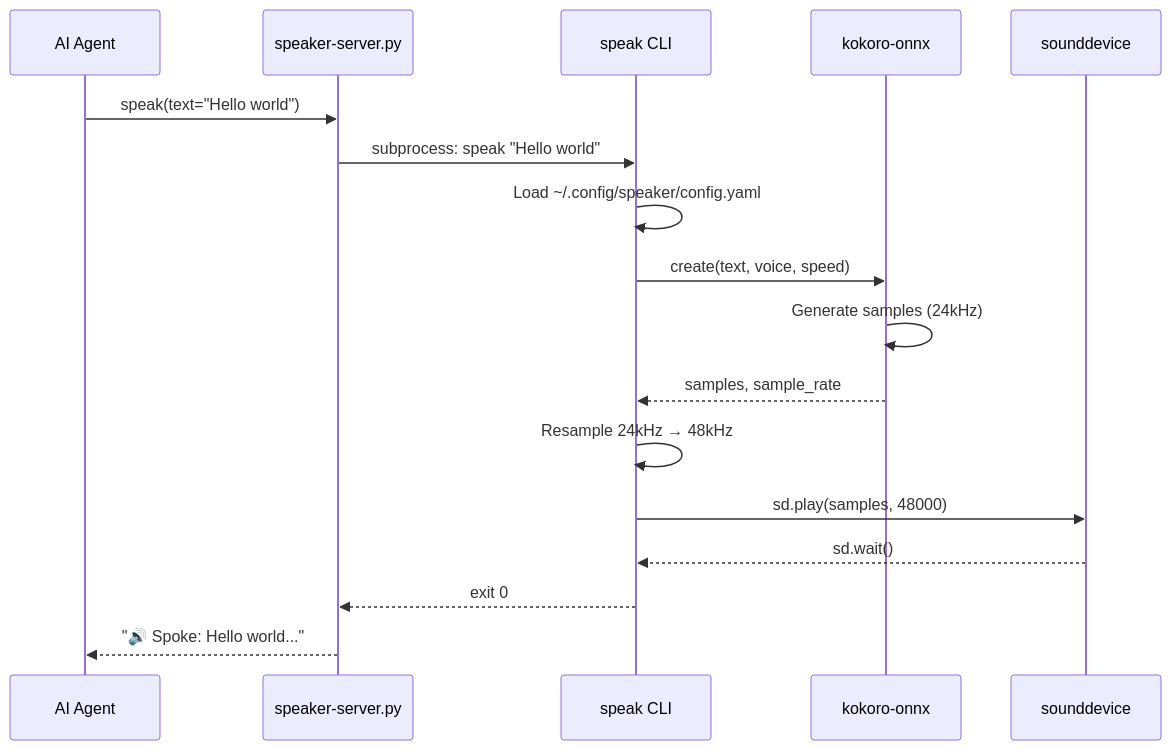
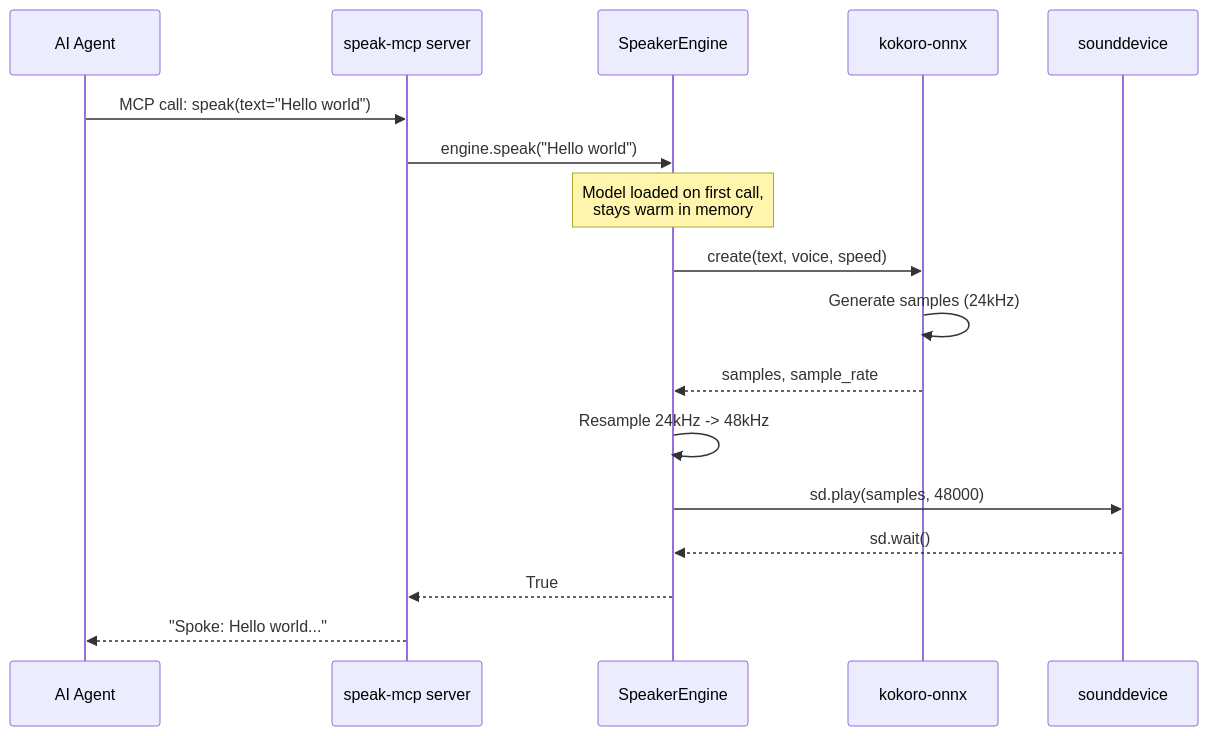
One commit to NetDevAutomate/Agent-Speaker changed the second of 4 diagrams in docs/codemap.md. Above: the diagram before and after it, drawn with Mermaid. The commit also changed other lines of this file and 22 other files, not shown here.

First line of the commit message:
refactor: MCP-first architecture with shared engine, remove legacy wrapper

````diff
--- a/docs/codemap.md
+++ b/docs/codemap.md
@@ -47,20 +54,20 @@
 ```mermaid
 sequenceDiagram
     participant Agent as AI Agent
-    participant MCP as speaker-server.py
-    participant CLI as speak CLI
+    participant MCP as speak-mcp server
+    participant Engine as SpeakerEngine
     participant Kokoro as kokoro-onnx
     participant Audio as sounddevice
 
-    Agent->>MCP: speak(text="Hello world")
-    MCP->>CLI: subprocess: speak "Hello world"
-    CLI->>CLI: Load ~/.config/speaker/config.yaml
-    CLI->>Kokoro: create(text, voice, speed)
+    Agent->>MCP: MCP call: speak(text="Hello world")
+    MCP->>Engine: engine.speak("Hello world")
+    Note over Engine: Model loaded on first call,<br/>stays warm in memory
+    Engine->>Kokoro: create(text, voice, speed)
     Kokoro->>Kokoro: Generate samples (24kHz)
-    Kokoro-->>CLI: samples, sample_rate
-    CLI->>CLI: Resample 24kHz → 48kHz
-    CLI->>Audio: sd.play(samples, 48000)
-    Audio-->>CLI: sd.wait()
-    CLI-->>MCP: exit 0
-    MCP-->>Agent: "🔊 Spoke: Hello world..."
+    Kokoro-->>Engine: samples, sample_rate
+    Engine->>Engine: Resample 24kHz -> 48kHz
+    Engine->>Audio: sd.play(samples, 48000)
+    Audio-->>Engine: sd.wait()
+    Engine-->>MCP: True
+    MCP-->>Agent: "Spoke: Hello world..."
 ```
````
